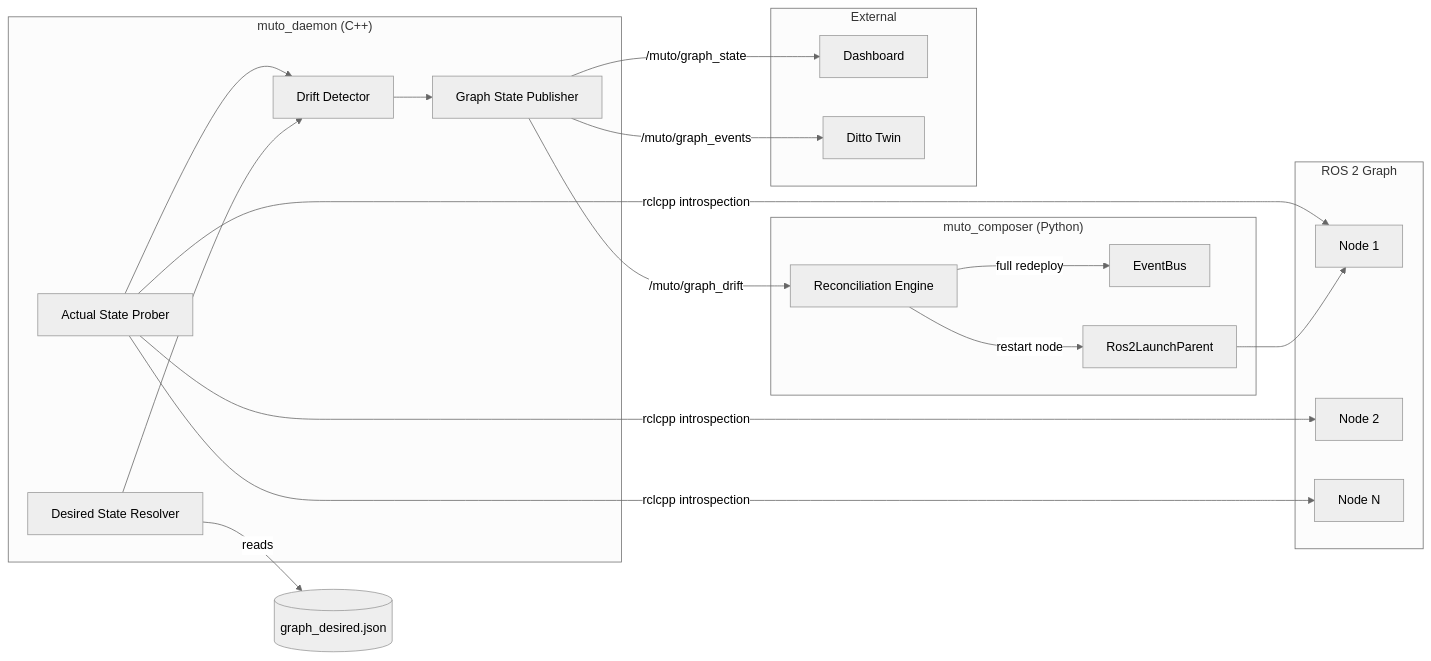
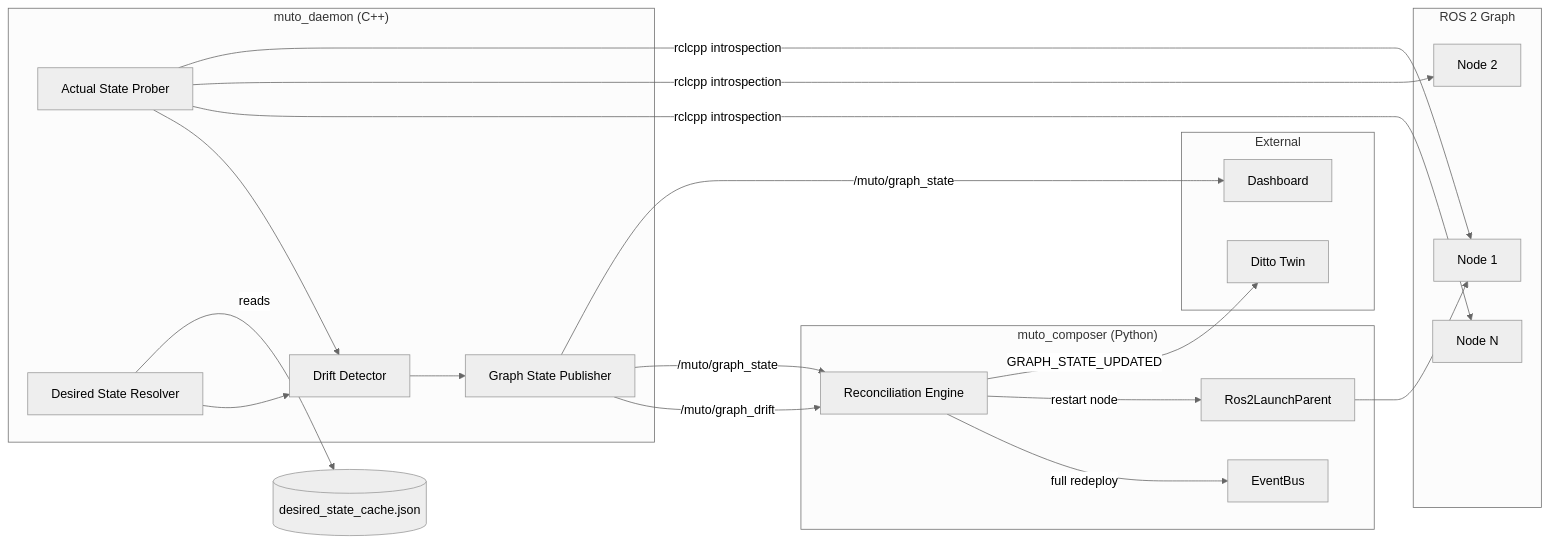
Before and after one commit to ibrahimsel/docs: the second of 4 diagrams in docs/contributing/mep/MEP-0001.md, drawn with Mermaid (neutral theme). The commit also changed other lines of this file, not shown here.

````diff
--- a/docs/contributing/mep/MEP-0001.md
+++ b/docs/contributing/mep/MEP-0001.md
@@ -257,40 +289,41 @@
 ```mermaid
 graph LR
     subgraph "muto_daemon (C++)"
         ASP[Actual State Prober]
         DSR[Desired State Resolver]
         DD[Drift Detector]
         GSP[Graph State Publisher]
     end
 
     subgraph "muto_composer (Python)"
         RE[Reconciliation Engine]
         EB[EventBus]
         LP[Ros2LaunchParent]
     end
 
     subgraph "ROS 2 Graph"
         N1[Node 1]
         N2[Node 2]
         NN[Node N]
     end
 
     subgraph "External"
         DB[Dashboard]
         DT[Ditto Twin]
     end
 
     ASP -->|rclcpp introspection| N1
     ASP -->|rclcpp introspection| N2
     ASP -->|rclcpp introspection| NN
-    DSR -->|reads| BL[(graph_desired.json)]
+    DSR -->|reads| BL[(desired_state_cache.json)]
     ASP --> DD
     DSR --> DD
     DD --> GSP
     GSP -->|/muto/graph_state| DB
+    GSP -->|/muto/graph_state| RE
     GSP -->|/muto/graph_drift| RE
-    GSP -->|/muto/graph_events| DT
+    RE -->|GRAPH_STATE_UPDATED| DT
     RE -->|restart node| LP
     LP --> N1
     RE -->|full redeploy| EB
 ```
````
